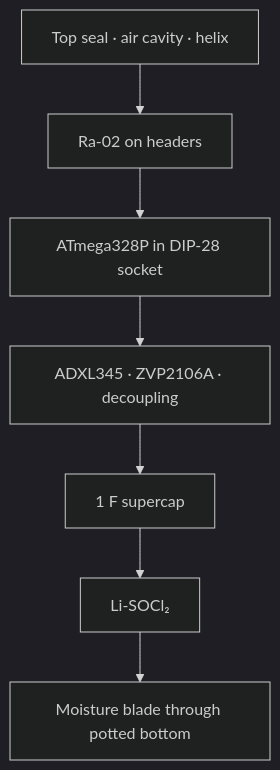
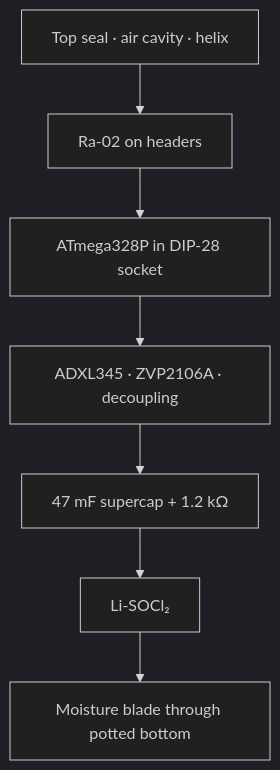
Before and after one commit to DevaBDM/SLF-EWN: diagram 19 of 27 in Project/Challenges and Solutions.md, drawn with Mermaid (dark theme). The commit also changed other lines of this file and 11 other files, not shown here.

````diff
--- a/Project/Challenges and Solutions.md
+++ b/Project/Challenges and Solutions.md
@@ -829,11 +829,11 @@
 ```mermaid
 flowchart TB
   T[Top seal · air cavity · helix]
   R[Ra-02 on headers]
   M[ATmega328P in DIP-28 socket]
   S[ADXL345 · ZVP2106A · decoupling]
-  C[1 F supercap]
+  C[47 mF supercap + 1.2 kΩ]
   B[Li-SOCl₂]
   P[Moisture blade through potted bottom]
   T --> R --> M --> S --> C --> B --> P
 ```
````
